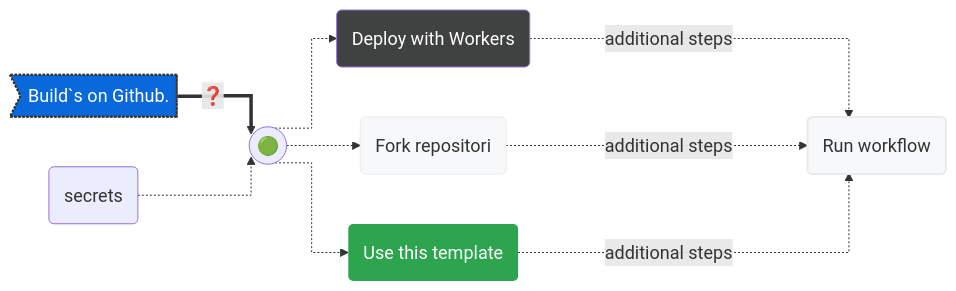
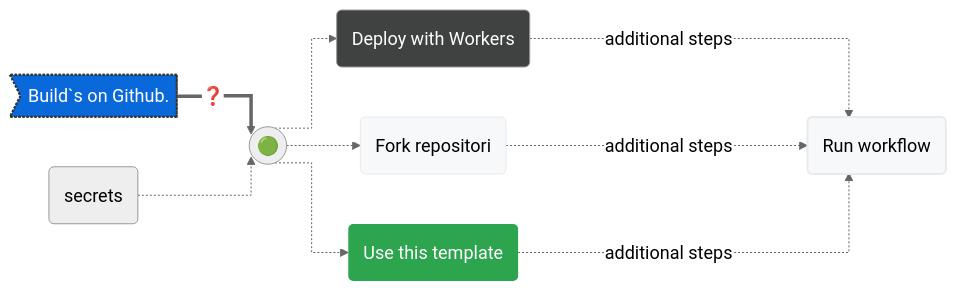
One commit to milankomaj/dev-badge changed the diagram in README.md. Above: the diagram before and after it, drawn with Mermaid.

````diff
--- a/README.md
+++ b/README.md
@@ -12,25 +12,25 @@
 ```mermaid
-%%{init: {'theme': 'default', 'themeVariables': { 'fontSize': '18px'}}}%%
+%%{init: {'theme': 'neutral', 'themeVariables': { 'fontSize': '18px'}}}%%
 %%{ init: { 'flowchart': { 'curve': 'stepAfter' } } }%%
 flowchart LR
 
 A>Build`s on Github.] ==>|"#10067;"| B
 X("secrets") .->B(("🟢"))
 B(("🟢")) .->C("Deploy with Workers")
 B(("🟢")) .->D("Fork repositori")
 B(("🟢")) .->E("Use this template")
 C & D & E -...->|"additional steps"| F("Run workflow") 
 
 style F fill:#f6f8fa,stroke:#333,stroke-width:2px
 style C fill:#404242,color:#fefefe
 style D fill:#f6f8fa,stroke:#e9eaec
 style E fill:#2da44e,stroke-width:0px,color:#ffffff
 style F fill:#f6f8fa,stroke:#e9eaec
 style A fill:#0969da,stroke:#333,stroke-width:2px,color:#fff,stroke-dasharray: 2 2
 
 click A "https://github.com/milankomaj/dev-badge"
 click D "https://github.com/milankomaj/dev-badge/fork"
 click E "https://github.com/milankomaj/dev-badge/generate"
 
 
 ```
````
